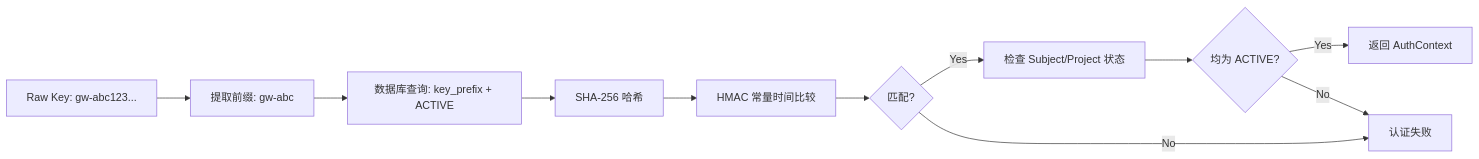
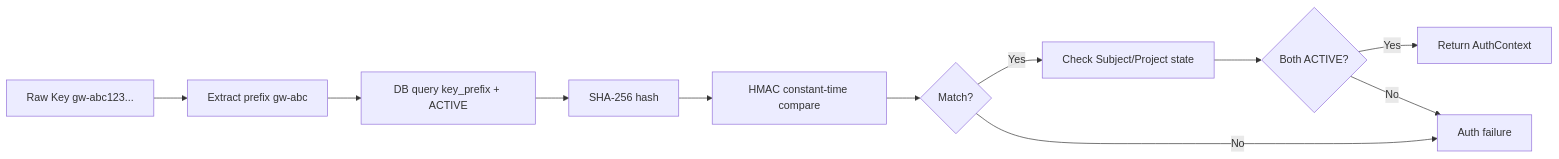
One commit to pty819/llm-gateway-docs changed the second of 4 diagrams in docs/source/architecture/data-flow.md. Above: the diagram before and after it, drawn with Mermaid. The commit also changed other lines of this file and 18 other files, not shown here.

First line of the commit message:
Fix RST directives and mermaid syntax in MD files

````diff
--- a/docs/source/architecture/data-flow.md
+++ b/docs/source/architecture/data-flow.md
@@ -72,13 +72,13 @@
 ```{mermaid}
 graph LR
-    A[Raw Key: gw-abc123...] --> B[提取前缀: gw-abc]
-    B --> C[数据库查询: key_prefix + ACTIVE]
-    C --> D[SHA-256 哈希]
-    D --> E[HMAC 常量时间比较]
-    E --> F{匹配?}
-    F -->|Yes| G[检查 Subject/Project 状态]
-    F -->|No| H[认证失败]
-    G --> I{均为 ACTIVE?}
-    I -->|Yes| J[返回 AuthContext]
+    A[Raw Key gw-abc123...] --> B[Extract prefix gw-abc]
+    B --> C[DB query key_prefix + ACTIVE]
+    C --> D[SHA-256 hash]
+    D --> E[HMAC constant-time compare]
+    E --> F{Match?}
+    F -->|Yes| G[Check Subject/Project state]
+    F -->|No| H[Auth failure]
+    G --> I{Both ACTIVE?}
+    I -->|Yes| J[Return AuthContext]
     I -->|No| H
 ```
````
